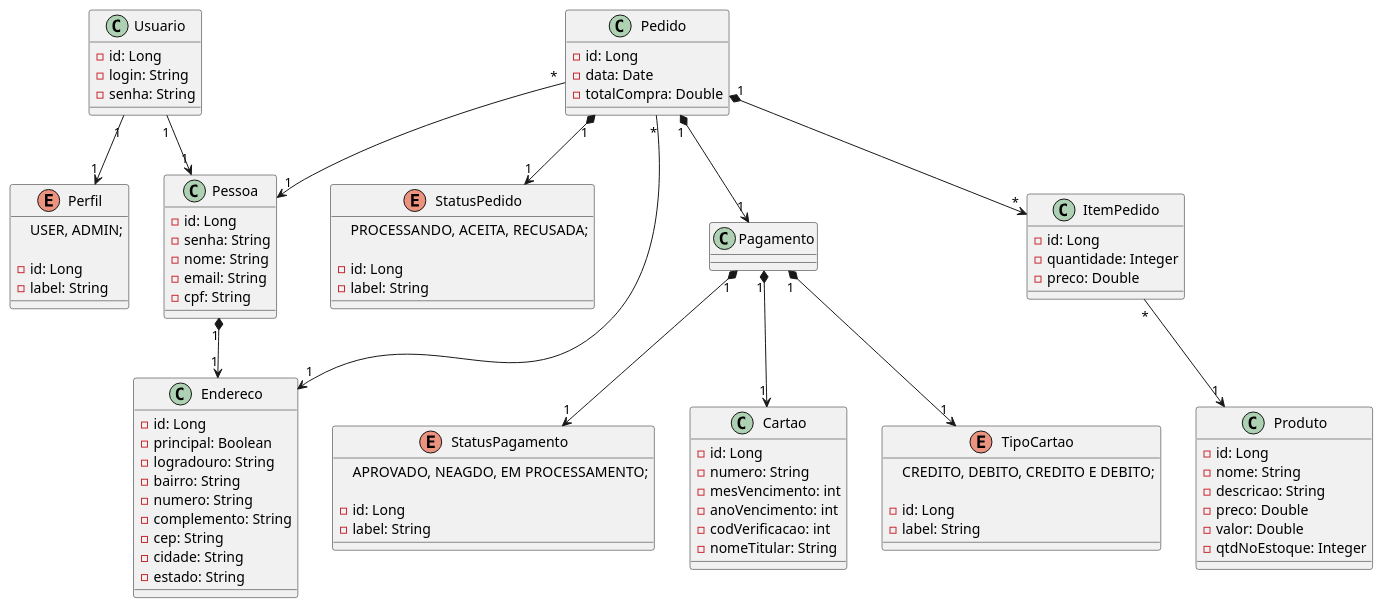
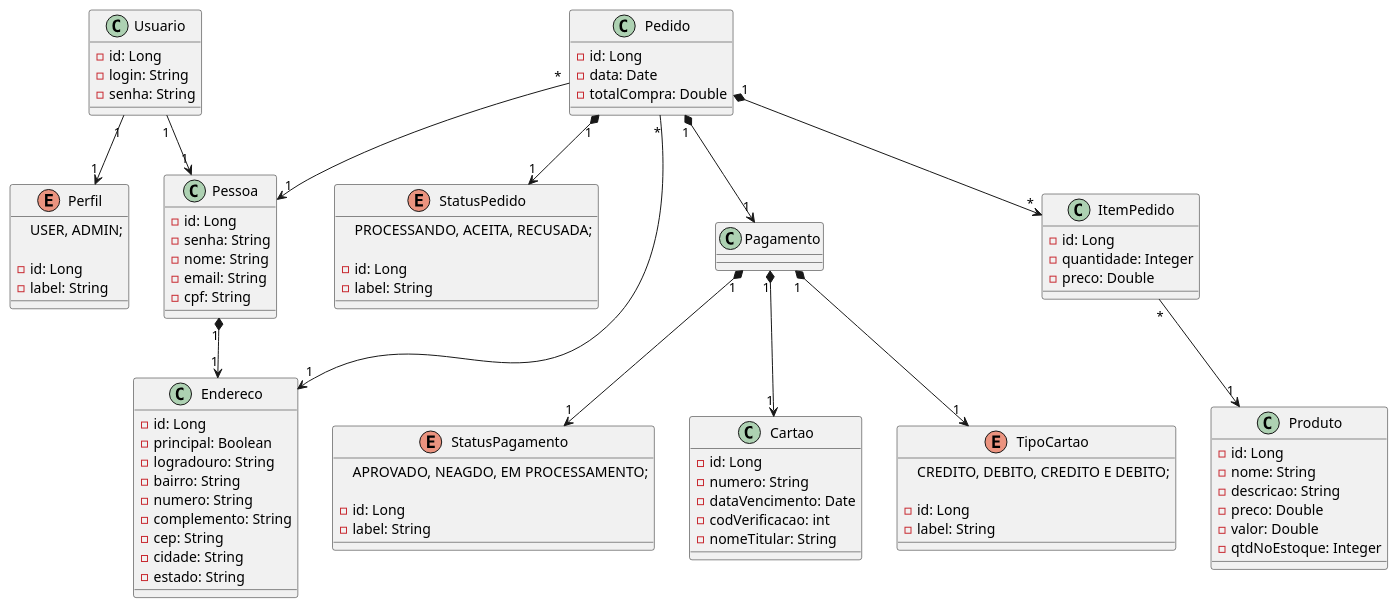
The diagram in src/main/java/unitins/tp1/docs/uml_militropa.plantuml (daniel-ferreira-da-costa/militropa), drawn with PlantUML before and after one commit.

```diff
--- a/src/main/java/unitins/tp1/docs/uml_militropa.plantuml
+++ b/src/main/java/unitins/tp1/docs/uml_militropa.plantuml
@@ -1,112 +1,111 @@
 @startuml Tabacaria
 '========Produto========='
 class Produto {
     - id: Long
     - nome: String
     - descricao: String
     - preco: Double
     - valor: Double
     - qtdNoEstoque: Integer
 }
 
 '========Usuario========='
 class Usuario{
     - id: Long
     - login: String
     - senha: String
 }
 
 enum Perfil{
     USER, ADMIN;
 
     - id: Long
     - label: String
 }
 
 class Pessoa{
     - id: Long
     - senha: String
     - nome: String
     - email: String
     - cpf: String
 }
 '========Venda========='
 class Pedido {
     - id: Long
     - data: Date
     - totalCompra: Double
 }
 
 class ItemPedido {
     - id: Long
     - quantidade: Integer
     - preco: Double
 }
 
 enum StatusPedido{
     PROCESSANDO, ACEITA, RECUSADA;
 
     - id: Long
     - label: String
 }
 '========Pagamento========='
 class Pagamento{
 }
 
 enum StatusPagamento{
     APROVADO, NEAGDO, EM PROCESSAMENTO;
 
     - id: Long
     - label: String
 }
 
 class Cartao{
     - id: Long
     - numero: String
-    - mesVencimento: int
-    - anoVencimento: int
+    - dataVencimento: Date
     - codVerificacao: int
     - nomeTitular: String
 }
 
 enum TipoCartao{
     CREDITO, DEBITO, CREDITO E DEBITO;
 
     - id: Long
     - label: String 
 }
 
 '========Endereco========='
 class Endereco {
     - id: Long
     - principal: Boolean
     - logradouro: String
     - bairro: String
     - numero: String
     - complemento: String
     - cep: String
     - cidade: String
     - estado: String
 }
 
 '========Relacionamentos========='
 
 Pedido "1" *--> "1" Pagamento
 Pedido "1" *--> "*" ItemPedido
 Pedido "1" *--> "1" StatusPedido
 Pedido "*" --> "1" Pessoa
 Pedido "*" --> "1" Endereco
 
 Pagamento "1" *--> "1" StatusPagamento
 Pagamento "1" *--> "1" TipoCartao
 Pagamento "1" *--> "1" Cartao
 
 
 ItemPedido "*" --> "1" Produto
 
 Usuario "1" --> "1" Perfil
 Usuario "1" --> "1" Pessoa
 Pessoa "1" *--> "1" Endereco
 
 
 @enduml
```
